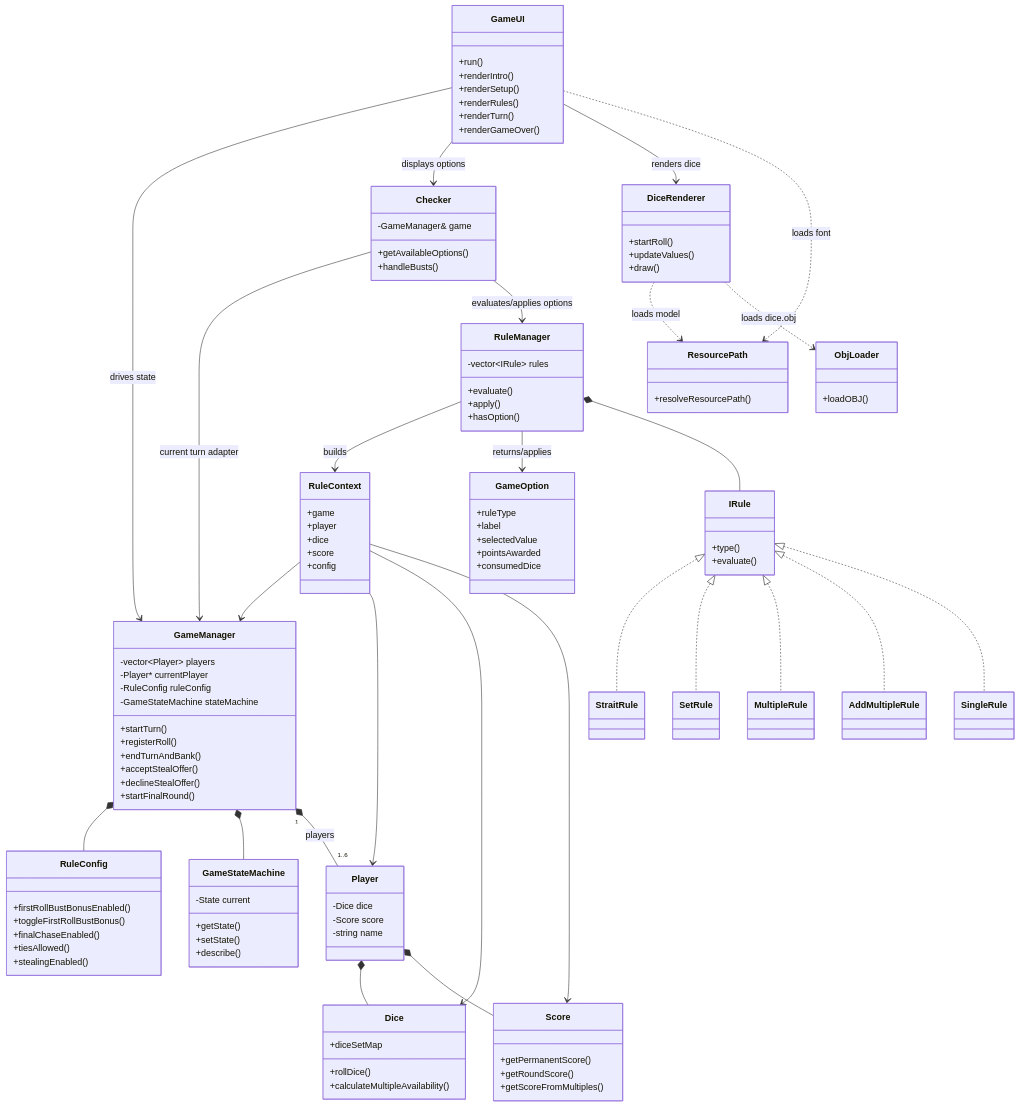
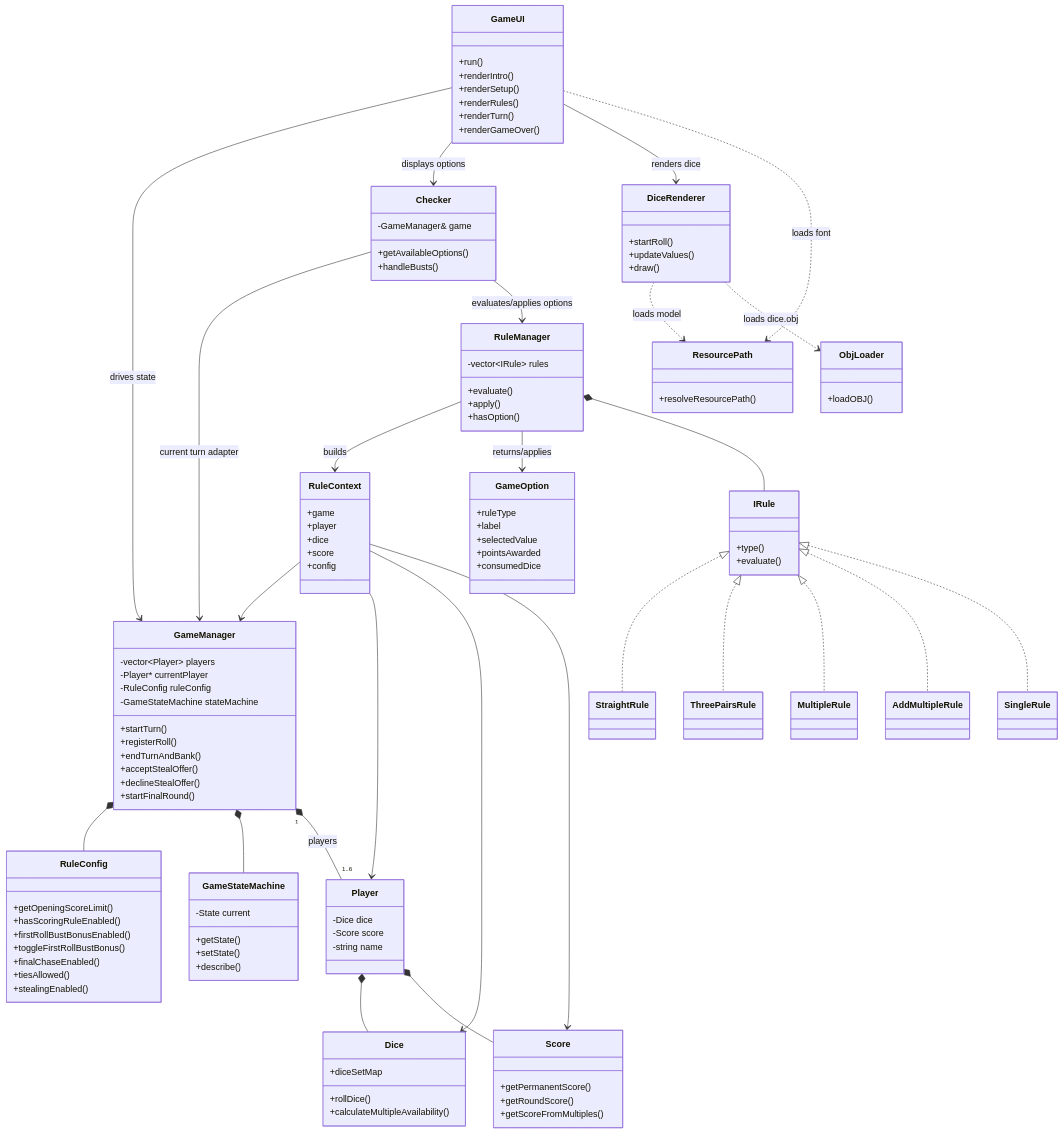
Before and after one commit to Jacoba1100254352/Zilch: the second of 2 diagrams in README.md, drawn with Mermaid. The commit also changed other lines of this file and 9 other files, not shown here.

```diff
--- a/README.md
+++ b/README.md
@@ -90,6 +110,8 @@
         +describe()
     }
     class RuleConfig {
+        +getOpeningScoreLimit()
+        +hasScoringRuleEnabled()
         +firstRollBustBonusEnabled()
         +toggleFirstRollBustBonus()
         +finalChaseEnabled()
@@ -125,8 +147,8 @@
         +pointsAwarded
         +consumedDice
     }
-    class StraitRule
-    class SetRule
+    class StraightRule
+    class ThreePairsRule
     class MultipleRule
     class AddMultipleRule
     class SingleRule
@@ -171,8 +193,8 @@
     RuleManager --> RuleContext : builds
     RuleManager --> GameOption : returns/applies
     RuleManager *-- IRule
-    IRule <|.. StraitRule
-    IRule <|.. SetRule
+    IRule <|.. StraightRule
+    IRule <|.. ThreePairsRule
     IRule <|.. MultipleRule
     IRule <|.. AddMultipleRule
     IRule <|.. SingleRule
```
